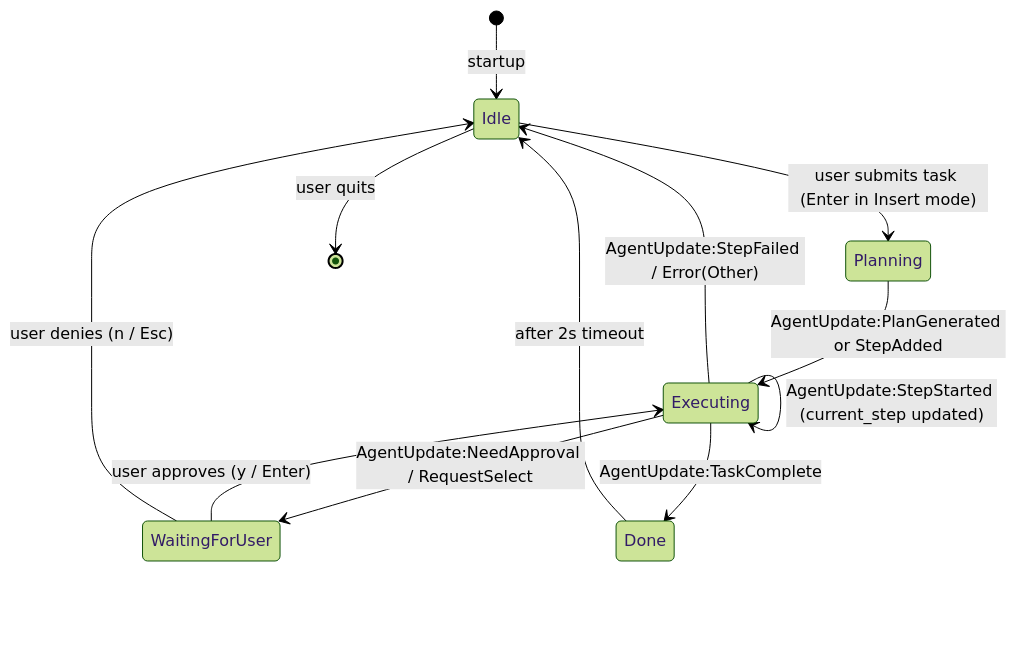
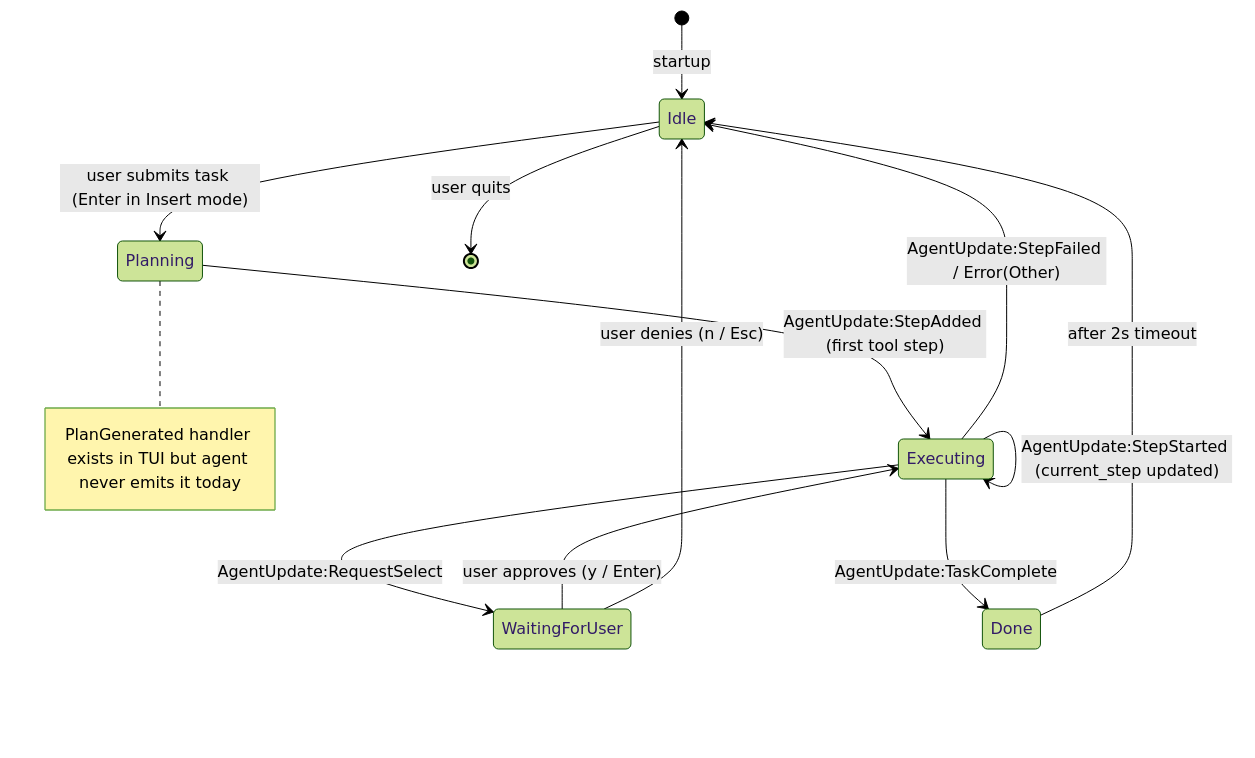
Before and after one commit to rust-infra/tact: the first of 6 diagrams in docs/state_machines.md, drawn with Mermaid (forest theme). The commit also changed other lines of this file and 63 other files, not shown here.

````diff
--- a/docs/state_machines.md
+++ b/docs/state_machines.md
@@ -25,18 +25,20 @@
 ```mermaid
 stateDiagram-v2
     [*] --> Idle: startup
 
     Idle --> Planning: user submits task (Enter in Insert mode)
-    Planning --> Executing: AgentUpdate:PlanGenerated or StepAdded
+    Planning --> Executing: AgentUpdate:StepAdded (first tool step)
+
+    Note right of Planning: PlanGenerated handler exists in TUI but agent never emits it today
 
     Executing --> Executing: AgentUpdate:StepStarted (current_step updated)
-    Executing --> WaitingForUser: AgentUpdate:NeedApproval / RequestSelect
+    Executing --> WaitingForUser: AgentUpdate:RequestSelect
     Executing --> Done: AgentUpdate:TaskComplete
     Executing --> Idle: AgentUpdate:StepFailed / Error(Other)
 
     WaitingForUser --> Executing: user approves (y / Enter)
     WaitingForUser --> Idle: user denies (n / Esc)
 
     Done --> Idle: after 2s timeout
     Idle --> [*]: user quits
 ```
````
